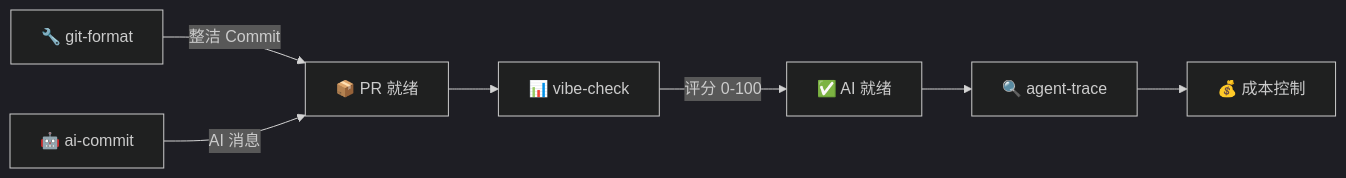
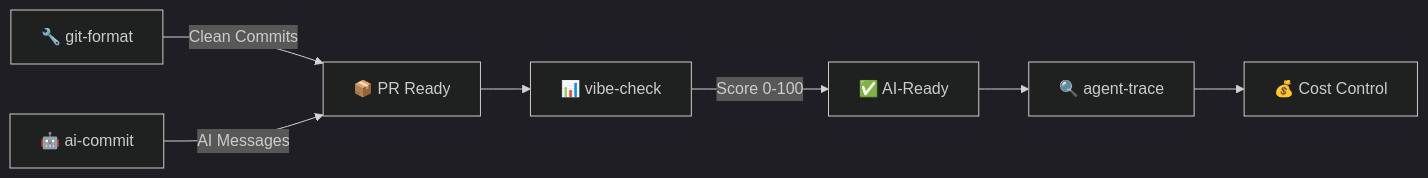
One commit to Serennity007/Serennity007 changed the diagram in README.zh.md. Above: the diagram before and after it, drawn with Mermaid (dark theme). The commit also changed other lines of this file and 8 other files, not shown here.

````diff
--- a/README.zh.md
+++ b/README.zh.md
@@ -94,9 +122,9 @@
 ```mermaid
 graph LR
-    A["🔧 git-format"] -->|整洁 Commit| B["📦 PR 就绪"]
-    C["🤖 ai-commit"] -->|AI 消息| B
+    A["🔧 git-format"] -->|Clean Commits| B["📦 PR Ready"]
+    C["🤖 ai-commit"] -->|AI Messages| B
     B --> D["📊 vibe-check"]
-    D -->|"评分 0-100"| E["✅ AI 就绪"]
+    D -->|"Score 0-100"| E["✅ AI-Ready"]
     E --> F["🔍 agent-trace"]
-    F --> G["💰 成本控制"]
+    F --> G["💰 Cost Control"]
 ```
````
